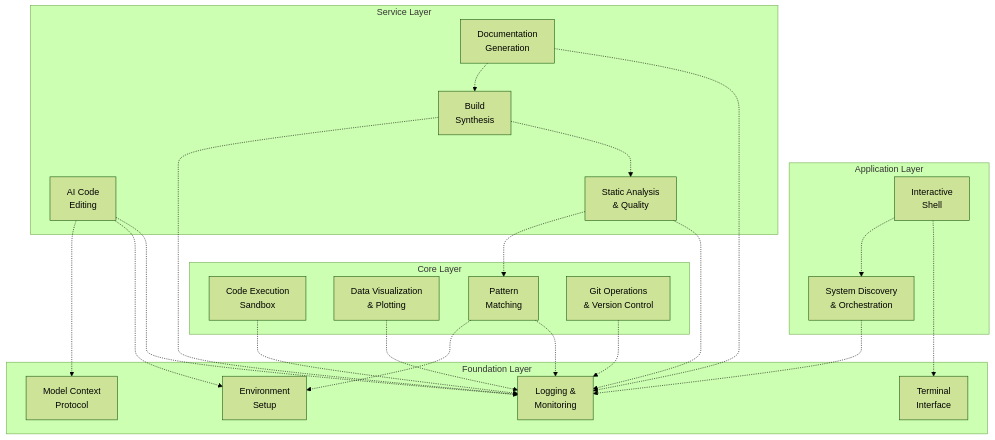
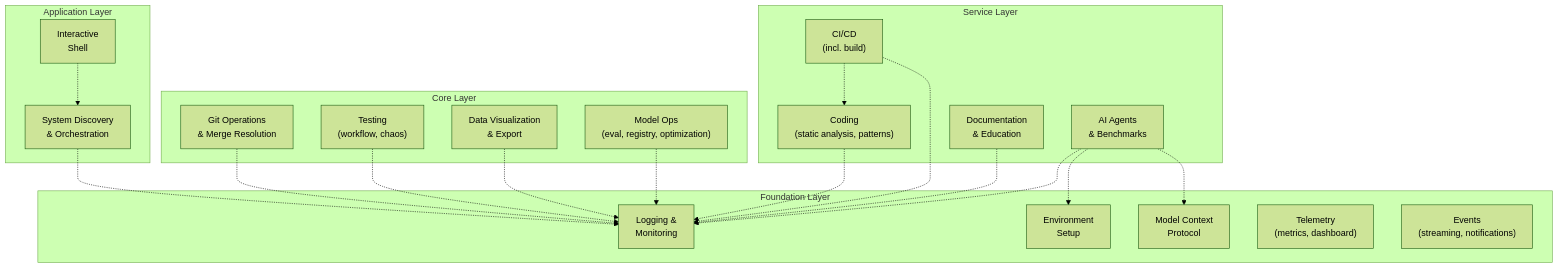
The diagram in docs/modules/overview.md (docxology/codomyrmex), drawn with Mermaid (forest theme) before and after one commit. The commit also changed other lines of this file and 11 other files, not shown here.

````diff
--- a/docs/modules/overview.md
+++ b/docs/modules/overview.md
@@ -32,52 +32,49 @@
 ```mermaid
 graph TD
     subgraph "Application Layer"
         InteractiveShell["Interactive<br/>Shell"]
         SystemDiscovery["System Discovery<br/>& Orchestration"]
     end
 
     subgraph "Service Layer"
-        AICodeEditing["AI Code<br/>Editing"]
-        Documentation["Documentation<br/>Generation"]
-        BuildSynthesis["Build<br/>Synthesis"]
-        StaticAnalysis["Static Analysis<br/>& Quality"]
+        AIAgents["AI Agents<br/>& Benchmarks"]
+        Documentation["Documentation<br/>& Education"]
+        CICD["CI/CD<br/>(incl. build)"]
+        Coding["Coding<br/>(static analysis, patterns)"]
     end
 
     subgraph "Core Layer"
-        CodeExecution["Code Execution<br/>Sandbox"]
-        DataVisualization["Data Visualization<br/>& Plotting"]
-        PatternMatching["Pattern<br/>Matching"]
-        GitOperations["Git Operations<br/>& Version Control"]
+        ModelOps["Model Ops<br/>(eval, registry, optimization)"]
+        DataViz["Data Visualization<br/>& Export"]
+        Testing["Testing<br/>(workflow, chaos)"]
+        GitOperations["Git Operations<br/>& Merge Resolution"]
     end
 
     subgraph "Foundation Layer"
         LoggingMonitoring["Logging &<br/>Monitoring"]
         EnvironmentSetup["Environment<br/>Setup"]
-        ModelContextProtocol["Model Context<br/>Protocol"]
-        TerminalInterface["Terminal<br/>Interface"]
+        MCP["Model Context<br/>Protocol"]
+        Telemetry["Telemetry<br/>(metrics, dashboard)"]
+        Events["Events<br/>(streaming, notifications)"]
     end
 
-    %% Dependencies flow upward (dotted lines show "depends on")
-    AICodeEditing -.-> LoggingMonitoring
-    AICodeEditing -.-> EnvironmentSetup
-    AICodeEditing -.-> ModelContextProtocol
+    %% Dependencies flow upward
+    AIAgents -.-> LoggingMonitoring
+    AIAgents -.-> EnvironmentSetup
+    AIAgents -.-> MCP
 
     Documentation -.-> LoggingMonitoring
-    Documentation -.-> BuildSynthesis
 
-    BuildSynthesis -.-> StaticAnalysis
-    BuildSynthesis -.-> LoggingMonitoring
+    CICD -.-> LoggingMonitoring
+    CICD -.-> Coding
 
-    StaticAnalysis -.-> LoggingMonitoring
-    StaticAnalysis -.-> PatternMatching
+    Coding -.-> LoggingMonitoring
 
-    CodeExecution -.-> LoggingMonitoring
-    DataVisualization -.-> LoggingMonitoring
-    PatternMatching -.-> LoggingMonitoring
-    PatternMatching -.-> EnvironmentSetup
+    ModelOps -.-> LoggingMonitoring
+    DataViz -.-> LoggingMonitoring
+    Testing -.-> LoggingMonitoring
     GitOperations -.-> LoggingMonitoring
 
-    InteractiveShell -.-> TerminalInterface
     InteractiveShell -.-> SystemDiscovery
     SystemDiscovery -.-> LoggingMonitoring
 ```
````
